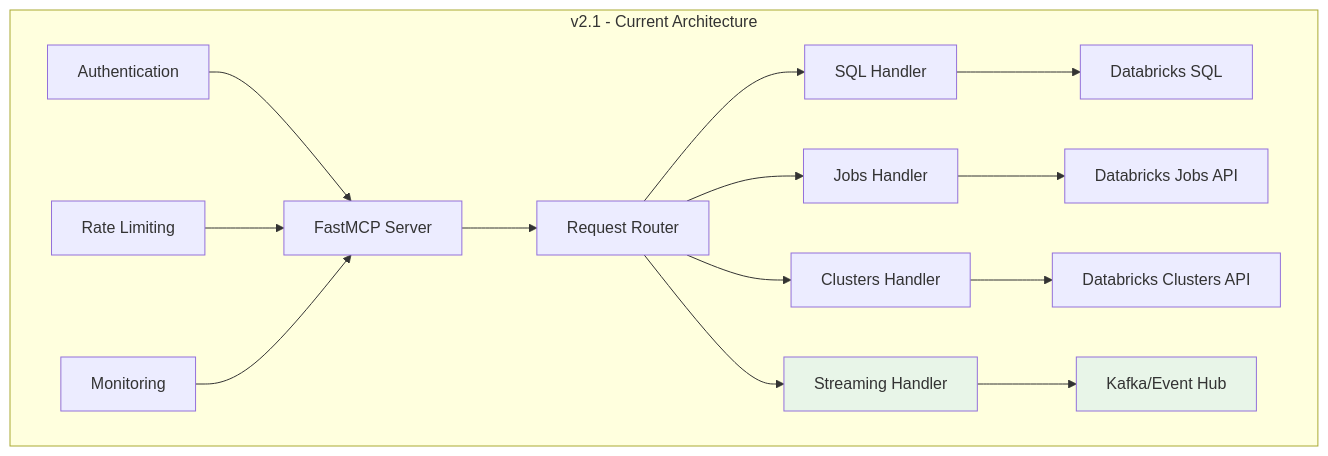
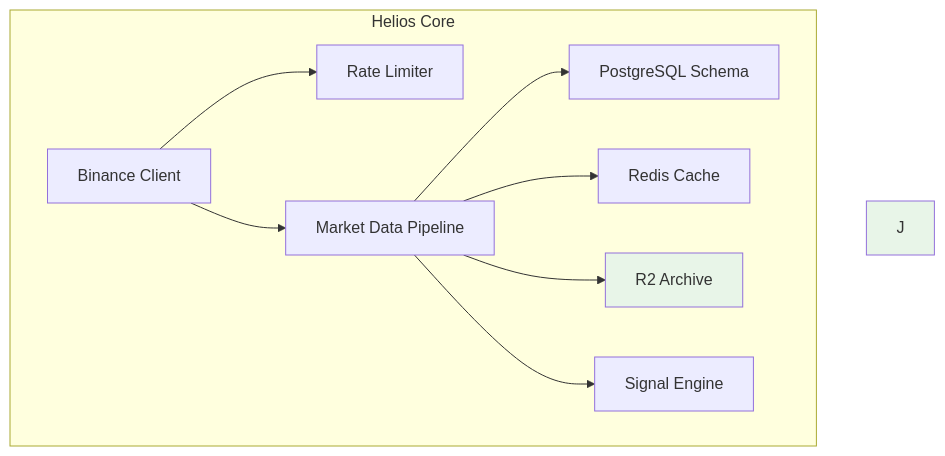
Before and after one commit to laraib-sidd/binance-bot: the second of 9 diagrams in .cursor/rules/006-api-evolution-tracking.mdc, drawn with Mermaid. The commit also changed other lines of this file and 9 other files, not shown here.

````diff
--- a/.cursor/rules/006-api-evolution-tracking.mdc
+++ b/.cursor/rules/006-api-evolution-tracking.mdc
@@ -54,22 +54,14 @@
 ```mermaid
 graph TB
-    subgraph "v2.1 - Current Architecture"
-        A[FastMCP Server] --> B[Request Router]
-        B --> C[SQL Handler]
-        B --> D[Jobs Handler]
-        B --> E[Clusters Handler]
-        B --> F[Streaming Handler]
-
-        C --> G[Databricks SQL]
-        D --> H[Databricks Jobs API]
-        E --> I[Databricks Clusters API]
-        F --> J[Kafka/Event Hub]
-
-        K[Authentication] --> A
-        L[Rate Limiting] --> A
-        M[Monitoring] --> A
+    subgraph "Helios Core"
+        A[Binance Client] --> B[Rate Limiter]
+        A --> C[Market Data Pipeline]
+        C --> D[PostgreSQL Schema]
+        C --> E[Redis Cache]
+        C --> F[R2 Archive]
+        C --> G[Signal Engine]
     end
 
     style F fill:#e8f5e8
     style J fill:#e8f5e8
 ```
````
